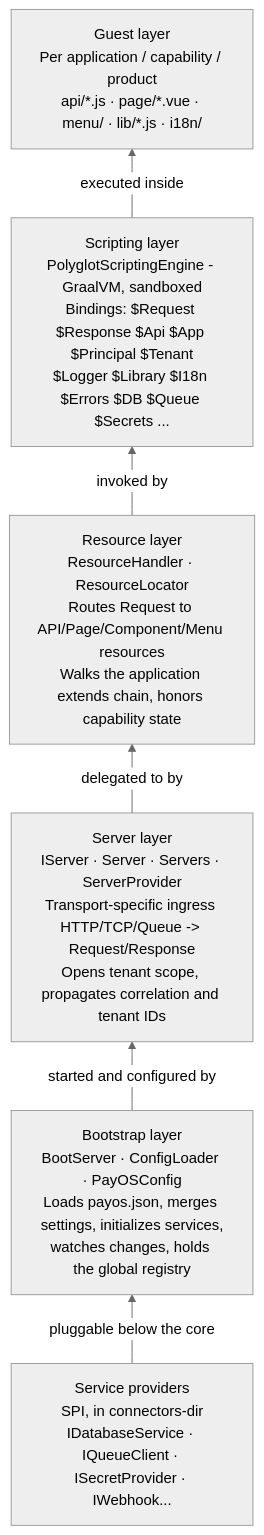
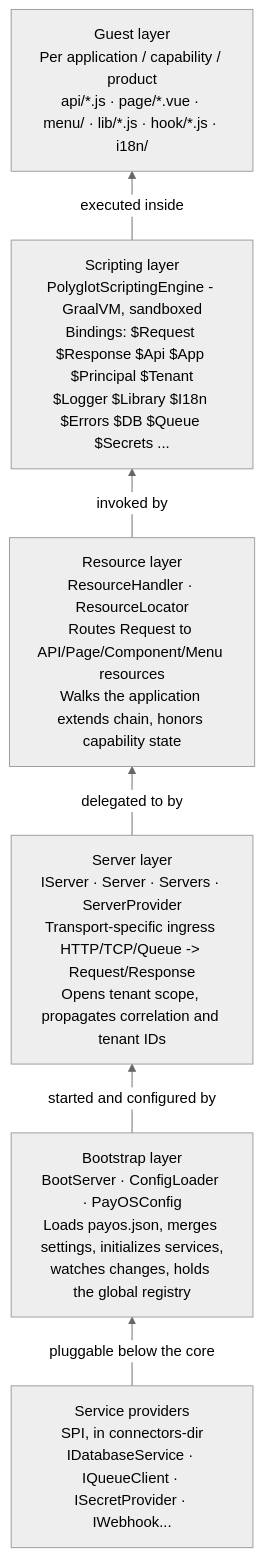
The diagram in architecture/platform-architecture.md (asebban/payos-docs), drawn with Mermaid (neutral theme) before and after one commit. The commit also changed other lines of this file and 53 other files, not shown here.

````diff
--- a/architecture/platform-architecture.md
+++ b/architecture/platform-architecture.md
@@ -28,15 +29,15 @@
 ```mermaid
 flowchart BT
   services["Service providers<br/>SPI, in connectors-dir<br/>IDatabaseService · IQueueClient · ISecretProvider · IWebhook..."]
   bootstrap["Bootstrap layer<br/>BootServer · ConfigLoader · PayOSConfig<br/>Loads payos.json, merges settings, initializes services,<br/>watches changes, holds the global registry"]
   server["Server layer<br/>IServer · Server · Servers · ServerProvider<br/>Transport-specific ingress HTTP/TCP/Queue -> Request/Response<br/>Opens tenant scope, propagates correlation and tenant IDs"]
   resource["Resource layer<br/>ResourceHandler · ResourceLocator<br/>Routes Request to API/Page/Component/Menu resources<br/>Walks the application extends chain, honors capability state"]
   scripting["Scripting layer<br/>PolyglotScriptingEngine - GraalVM, sandboxed<br/>Bindings: $Request $Response $Api $App $Principal $Tenant<br/>$Logger $Library $I18n $Errors $DB $Queue $Secrets ..."]
-  guest["Guest layer<br/>Per application / capability / product<br/>api/*.js · page/*.vue · menu/ · lib/*.js · i18n/"]
+  guest["Guest layer<br/>Per application / capability / product<br/>api/*.js · page/*.vue · menu/ · lib/*.js · hook/*.js · i18n/"]
 
   services -->|pluggable below the core| bootstrap
   bootstrap -->|started and configured by| server
   server -->|delegated to by| resource
   resource -->|invoked by| scripting
   scripting -->|executed inside| guest
 ```
````
